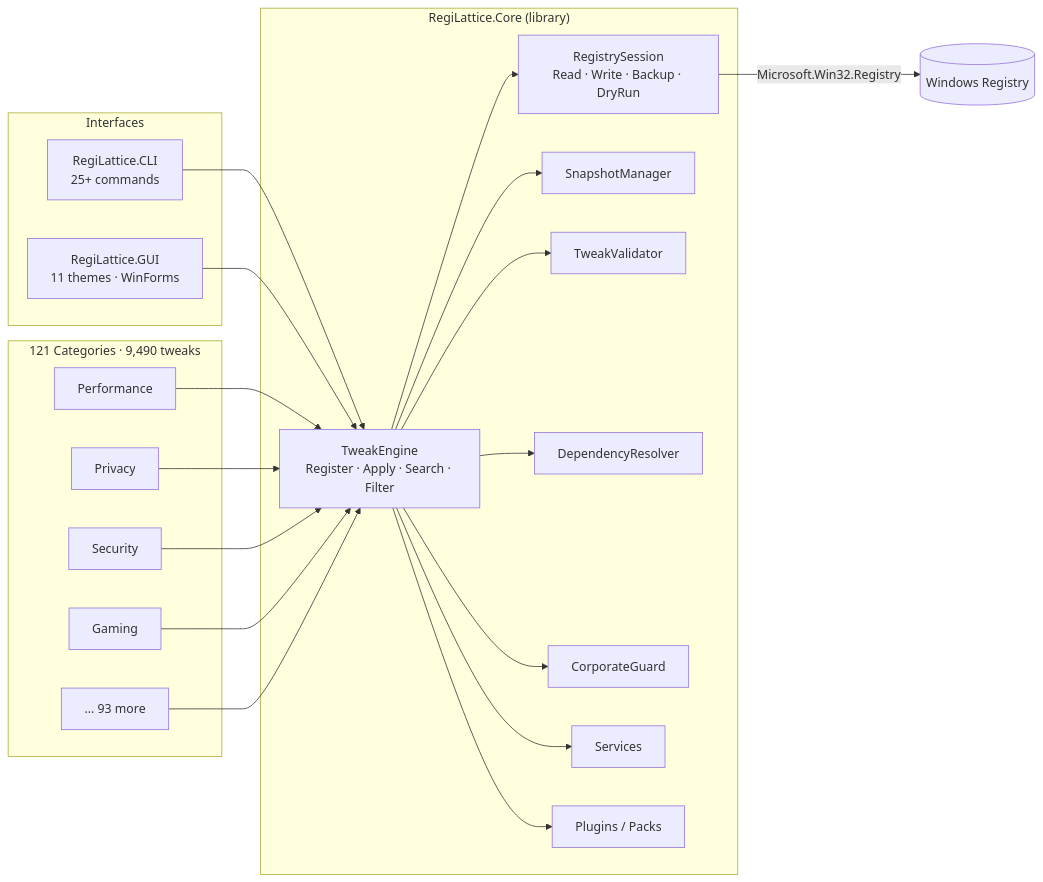
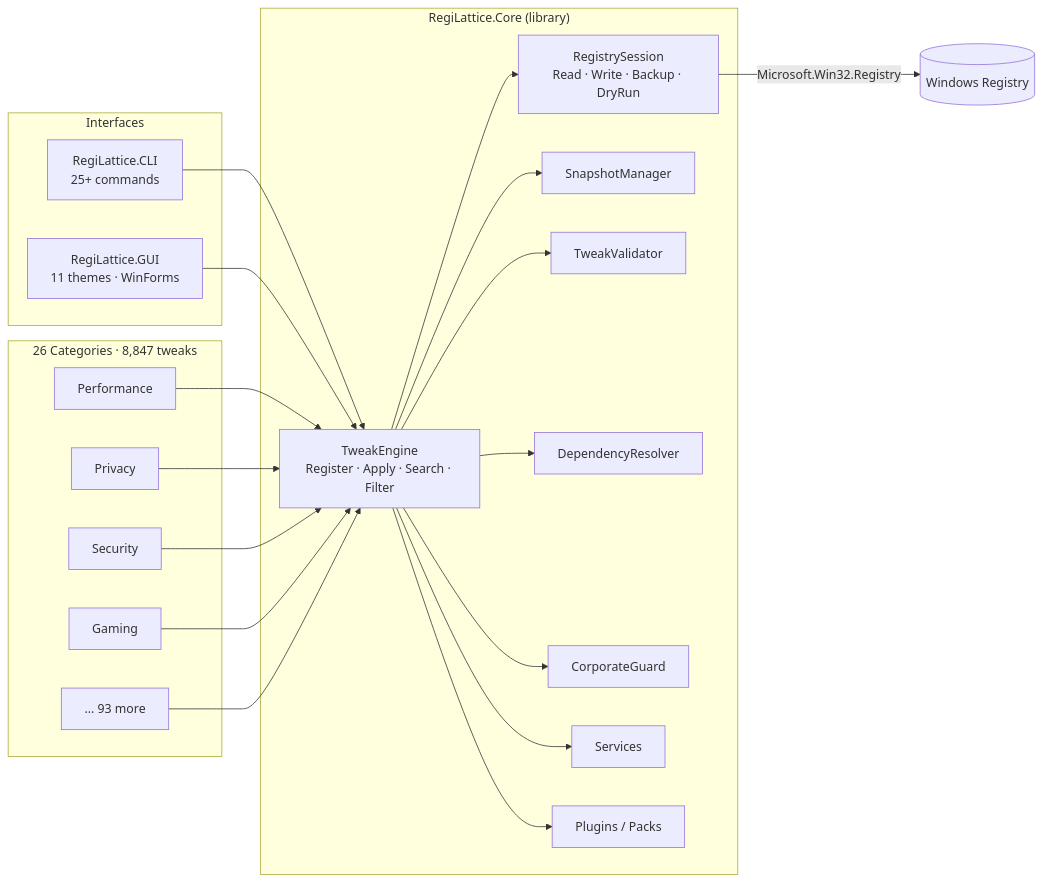
One commit to RajwanYair/RegiLattice changed the first of 2 diagrams in README.md. Above: the diagram before and after it, drawn with Mermaid. The commit also changed other lines of this file and 15 other files, not shown here.

````diff
--- a/README.md
+++ b/README.md
@@ -88,38 +88,38 @@
 ```mermaid
 graph LR
     subgraph Interfaces
         CLI[RegiLattice.CLI<br/>25+ commands]
         GUI[RegiLattice.GUI<br/>11 themes · WinForms]
     end
 
     subgraph Core["RegiLattice.Core (library)"]
         TE[TweakEngine<br/>Register · Apply · Search · Filter]
         RS[RegistrySession<br/>Read · Write · Backup · DryRun]
         SM[SnapshotManager]
         TV[TweakValidator]
         DR[DependencyResolver]
         CG[CorporateGuard]
         SV[Services]
         PM[Plugins / Packs]
     end
 
-    subgraph Tweaks["121 Categories · 9,490 tweaks"]
+    subgraph Tweaks["26 Categories · 8,847 tweaks"]
         T1[Performance]
         T2[Privacy]
         T3[Security]
         T4[Gaming]
         TN[... 93 more]
     end
 
     CLI --> TE
     GUI --> TE
     TE --> RS
     TE --> SM
     TE --> TV
     TE --> DR
     TE --> CG
     TE --> SV
     TE --> PM
     T1 & T2 & T3 & T4 & TN --> TE
     RS -->|Microsoft.Win32.Registry| WR[(Windows Registry)]
 ```
````
